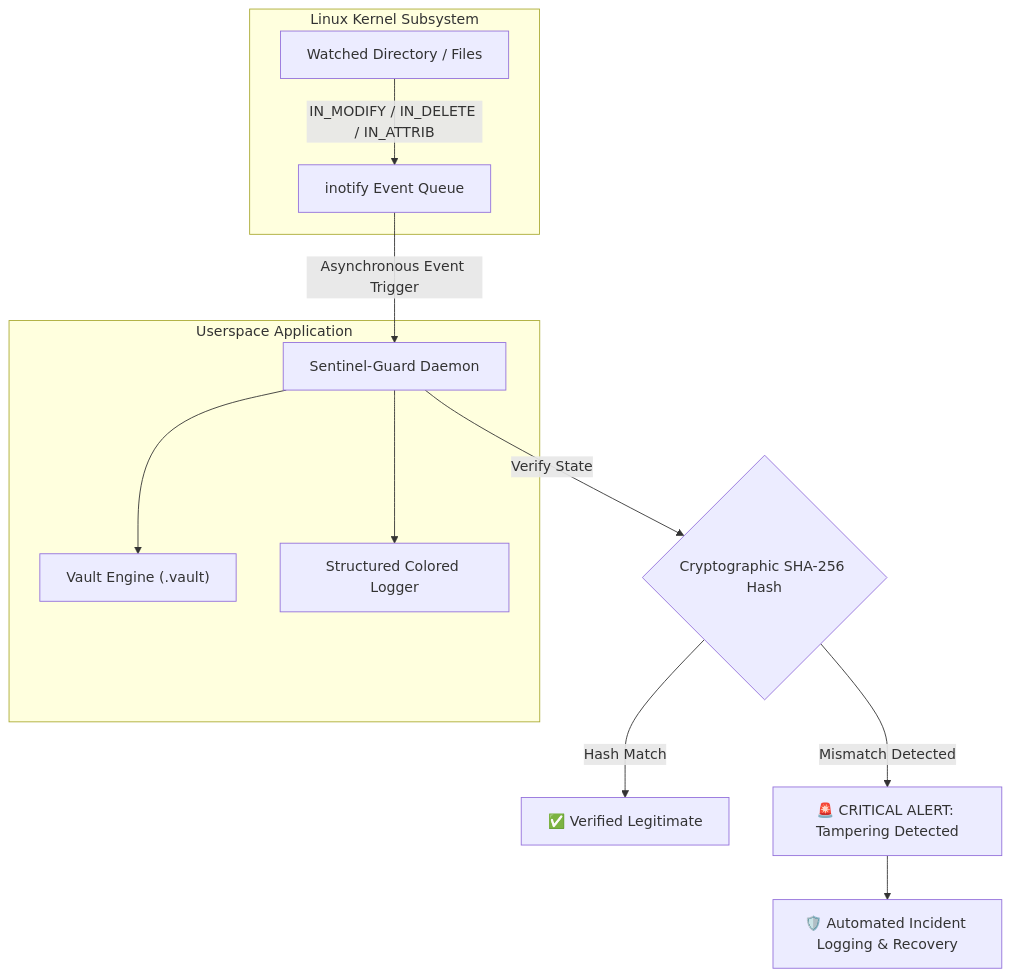
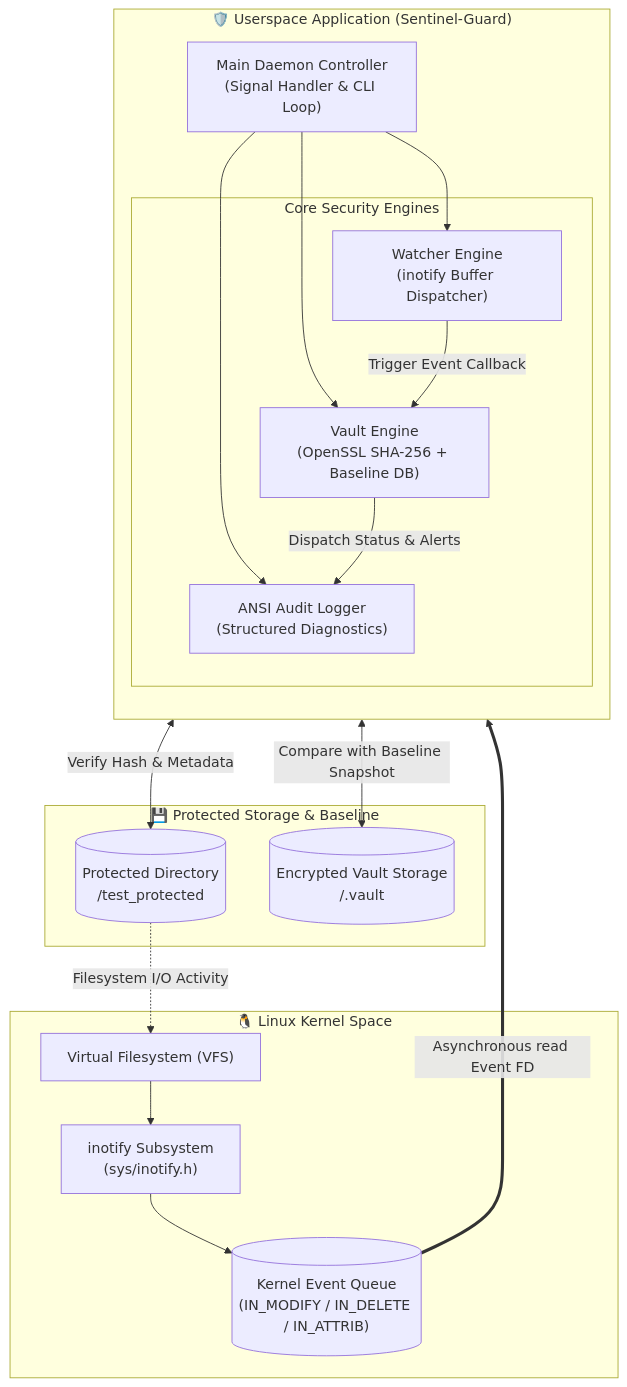
One commit to Atulkumar5772/Sentinel-Guard changed the first of 2 diagrams in README.md. Above: the diagram before and after it, drawn with Mermaid. The commit also changed other lines of this file, not shown here.

````diff
--- a/README.md
+++ b/README.md
@@ -24,17 +49,38 @@
 ```mermaid
 flowchart TD
-    subgraph Userspace ["Userspace Application"]
-        A["Sentinel-Guard Daemon"] --> B["Vault Engine (.vault)"]
-        A --> C["Structured Colored Logger"]
+    subgraph Userspace ["🛡️ Userspace Application (Sentinel-Guard)"]
+        direction TB
+        Main["Main Daemon Controller\n(Signal Handler & CLI Loop)"]
+        
+        subgraph CoreEngine ["Core Security Engines"]
+            Watcher["Watcher Engine\n(inotify Buffer Dispatcher)"]
+            Vault["Vault Engine\n(OpenSSL SHA-256 + Baseline DB)"]
+            Logger["ANSI Audit Logger\n(Structured Diagnostics)"]
+        end
+
+        Main --> Watcher
+        Main --> Vault
+        Main --> Logger
     end
 
-    subgraph Kernel ["Linux Kernel Subsystem"]
-        D["Watched Directory / Files"] -->|IN_MODIFY / IN_DELETE / IN_ATTRIB| E["inotify Event Queue"]
+    subgraph Kernel ["🐧 Linux Kernel Space"]
+        VFS["Virtual Filesystem (VFS)"]
+        InotifySubsys["inotify Subsystem\n(sys/inotify.h)"]
+        EventQueue[("Kernel Event Queue\n(IN_MODIFY / IN_DELETE / IN_ATTRIB)")]
+        
+        VFS --> InotifySubsys
+        InotifySubsys --> EventQueue
     end
 
-    E -->|Asynchronous Event Trigger| A
-    A -->|Verify State| F{"Cryptographic SHA-256 Hash"}
-    F -->|Hash Match| G["✅ Verified Legitimate"]
-    F -->|Mismatch Detected| H["🚨 CRITICAL ALERT: Tampering Detected"]
-    H --> I["🛡️ Automated Incident Logging & Recovery"]
+    subgraph Storage ["💾 Protected Storage & Baseline"]
+        TargetDir[("Protected Directory\n/test_protected")]
+        VaultStore[("Encrypted Vault Storage\n/.vault")]
+    end
+
+    TargetDir -.->|Filesystem I/O Activity| VFS
+    EventQueue ==>|Asynchronous read Event FD| Watcher
+    Watcher -->|Trigger Event Callback| Vault
+    Vault <-->|Verify Hash & Metadata| TargetDir
+    Vault <-->|Compare with Baseline Snapshot| VaultStore
+    Vault -->|Dispatch Status & Alerts| Logger
 ```
````
